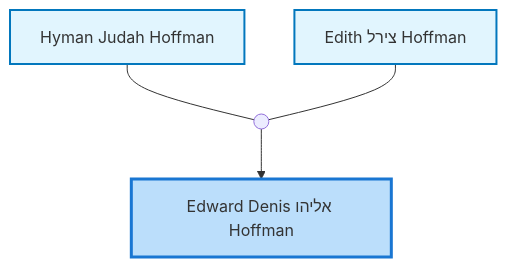
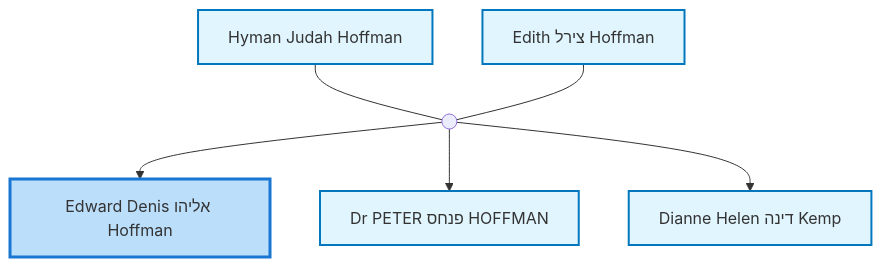
One commit to moshehoff/FamilyHistory changed the first of 3 diagrams in site/content/profiles/Edward Denis אליהו Hoffman.md. Above: the diagram before and after it, drawn with Mermaid. The commit also changed 244 other files, not shown here.

Commit message:
Change Nuclear Family diagram to show parents and siblings, update site title to 'Hoffman Family History', revert diagram zoom to simple scaling

````diff
--- a/site/content/profiles/Edward Denis אליהו Hoffman.md
+++ b/site/content/profiles/Edward Denis אליהו Hoffman.md
@@ -22,19 +22,27 @@
 ```mermaid
 flowchart TD
 classDef person fill:#e1f5fe,stroke:#0277bd,stroke-width:2px;
 classDef internal-link fill:#e1f5fe,stroke:#0277bd,stroke-width:2px;
 classDef current fill:#bbdefb,stroke:#1976d2,stroke-width:3px;
 idI38516763["Edward Denis אליהו Hoffman"]
 class idI38516763 current
 click idI38516763 "../profiles/Edward-Denis-%D7%90%D7%9C%D7%99%D7%94%D7%95-Hoffman" "Edward Denis אליהו Hoffman"
 idI11052350["Hyman Judah Hoffman"]
 class idI11052350 internal-link
 click idI11052350 "../profiles/Hyman-Judah-Hoffman" "Hyman Judah Hoffman"
 idI38516664["Edith צירל Hoffman"]
 class idI38516664 internal-link
 click idI38516664 "../profiles/Edith-%D7%A6%D7%99%D7%A8%D7%9C-Hoffman" "Edith צירל Hoffman"
 marriage_idF13161432((" "))
 idI11052350 --- marriage_idF13161432
 idI38516664 --- marriage_idF13161432
 marriage_idF13161432 --> idI38516763
+idI11052359["Dr PETER פנחס HOFFMAN"]
+class idI11052359 internal-link
+click idI11052359 "../profiles/Dr-PETER-%D7%A4%D7%A0%D7%97%D7%A1-HOFFMAN" "Dr PETER פנחס HOFFMAN"
+marriage_idF13161432 --> idI11052359
+idI38516790["Dianne Helen דינה Kemp"]
+class idI38516790 internal-link
+click idI38516790 "../profiles/Dianne-Helen-%D7%93%D7%99%D7%A0%D7%94-Kemp" "Dianne Helen דינה Kemp"
+marriage_idF13161432 --> idI38516790
 ```
````
